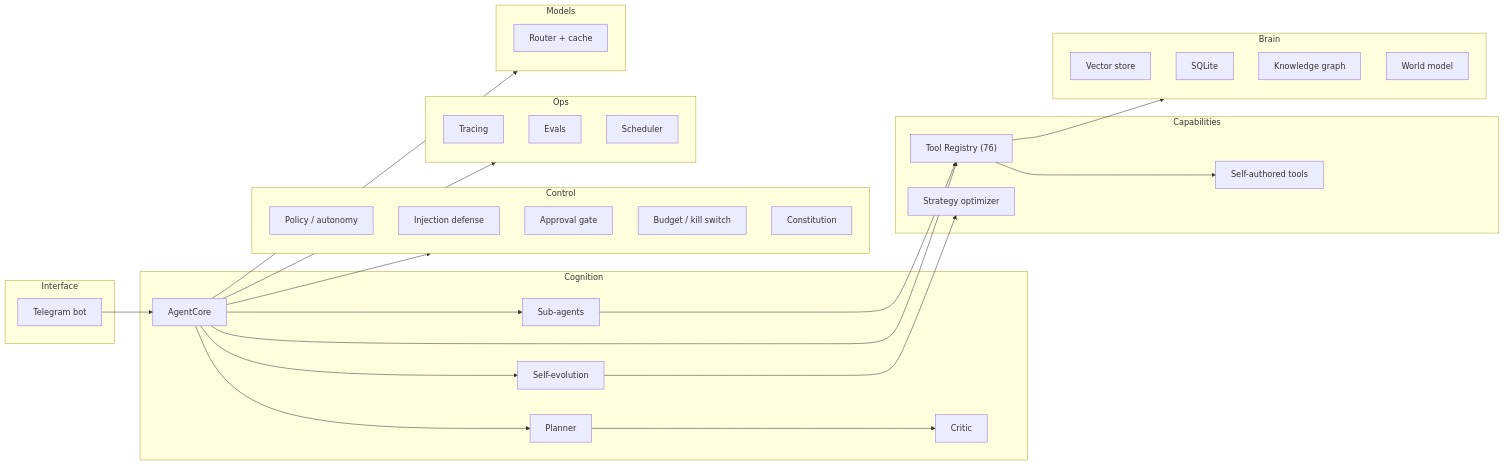
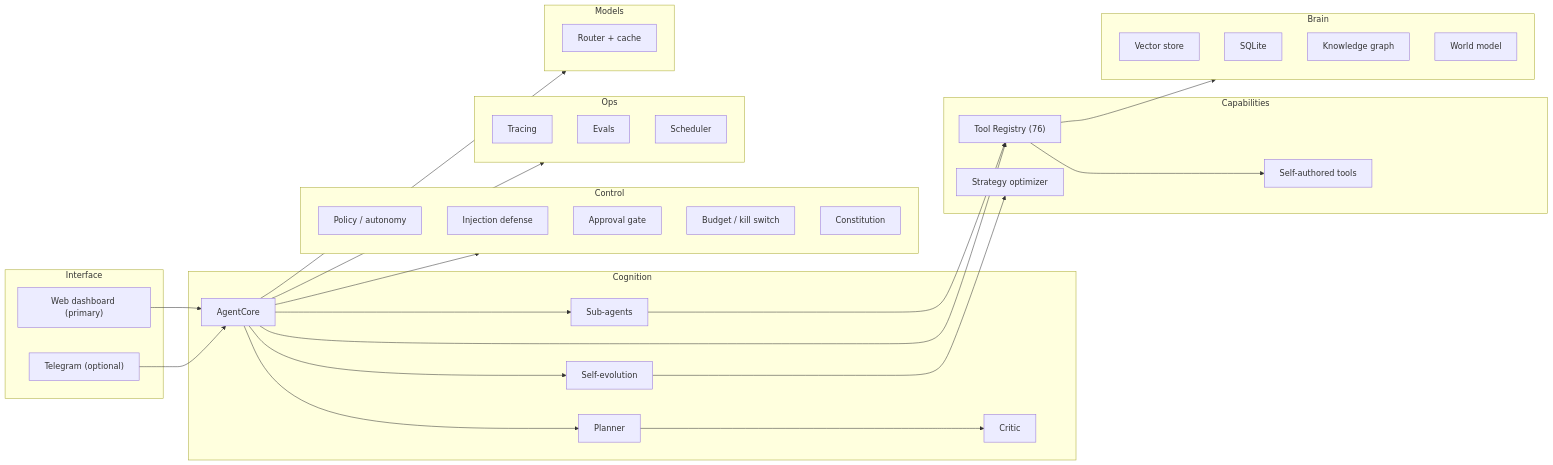
Before and after one commit to Vinayak-RZ/Founder-OS: the second of 5 diagrams in README.md, drawn with Mermaid. The commit also changed other lines of this file, not shown here.

Commit message:
docs: fix README accuracy, section order, and Qdrant/web-first alignment

````diff
--- a/README.md
+++ b/README.md
@@ -208,47 +212,49 @@
 ```mermaid
 flowchart LR
     subgraph Interface
-        TG["Telegram bot"]
+        WEB["Web dashboard (primary)"]
+        TG["Telegram (optional)"]
     end
     subgraph Cognition
         CORE["AgentCore"]
         PLAN["Planner"]
         CRIT["Critic"]
         SUB["Sub-agents"]
         EVO["Self-evolution"]
     end
     subgraph Capabilities
         REG["Tool Registry (76)"]
         SKILLS["Self-authored tools"]
         OPT["Strategy optimizer"]
     end
     subgraph Brain
         VEC["Vector store"]
         SQLDB["SQLite"]
         KG["Knowledge graph"]
         WM["World model"]
     end
     subgraph Control
         POL["Policy / autonomy"]
         SAFE["Injection defense"]
         APP["Approval gate"]
         BUD["Budget / kill switch"]
         CON["Constitution"]
     end
     subgraph Ops
         TR["Tracing"]
         EV["Evals"]
         SCH["Scheduler"]
     end
     subgraph Models
         RT["Router + cache"]
     end
-    TG --> CORE --> PLAN --> CRIT
+    WEB --> CORE --> PLAN --> CRIT
+    TG --> CORE
     CORE --> SUB --> REG
     CORE --> REG --> SKILLS
     CORE --> EVO --> OPT
     REG --> Brain
     CORE --> Control
     CORE --> Ops
     CORE --> Models
 ```
````
